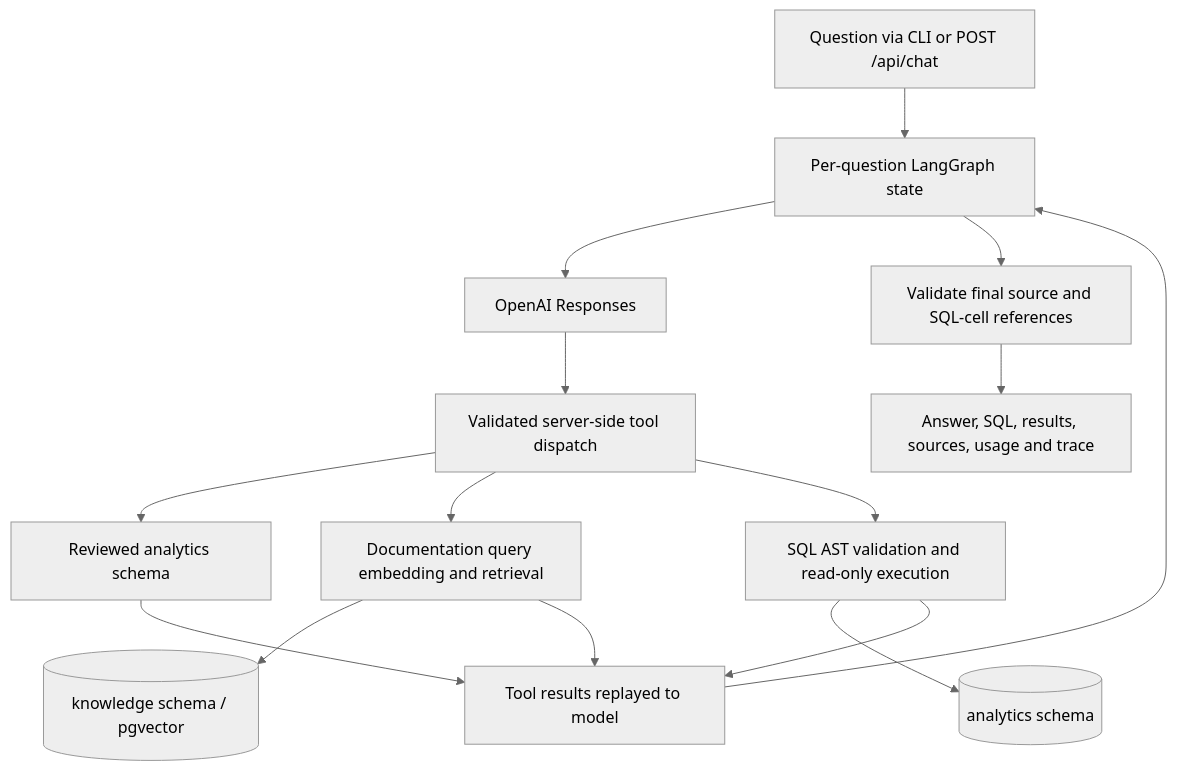
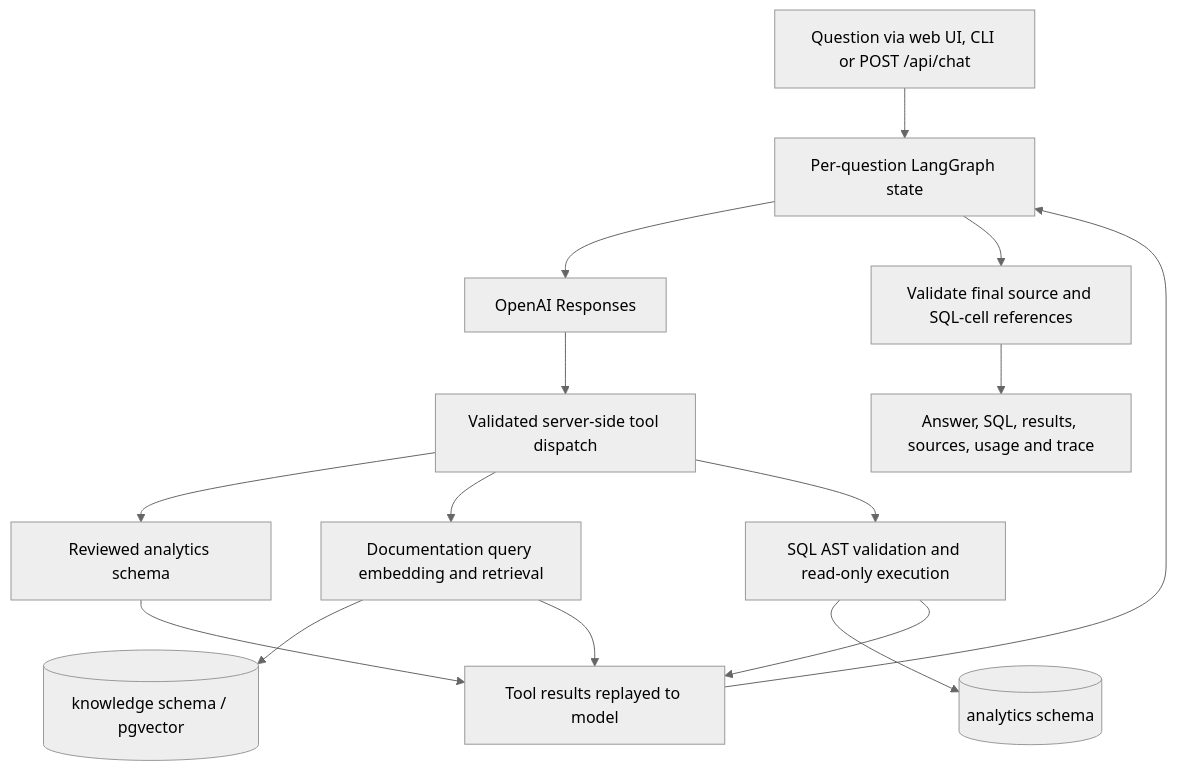
The diagram in docs/architecture.md (itsvigun/querylens), drawn with Mermaid (neutral theme) before and after one commit. The commit also changed other lines of this file and 18 other files, not shown here.

````diff
--- a/docs/architecture.md
+++ b/docs/architecture.md
@@ -22,17 +22,17 @@
 ```mermaid
 flowchart TD
-    Question["Question via CLI or POST /api/chat"] --> Graph["Per-question LangGraph state"]
+    Question["Question via web UI, CLI or POST /api/chat"] --> Graph["Per-question LangGraph state"]
     Graph --> Model["OpenAI Responses"]
     Model --> Dispatch["Validated server-side tool dispatch"]
     Dispatch --> Schema["Reviewed analytics schema"]
     Dispatch --> Retrieval["Documentation query embedding and retrieval"]
     Dispatch --> SQL["SQL AST validation and read-only execution"]
     Retrieval --> Knowledge[("knowledge schema / pgvector")]
     SQL --> Analytics[("analytics schema")]
     Schema --> Replay["Tool results replayed to model"]
     Retrieval --> Replay
     SQL --> Replay
     Replay --> Graph
     Graph --> Grounding["Validate final source and SQL-cell references"]
     Grounding --> Answer["Answer, SQL, results, sources, usage and trace"]
 ```
````
